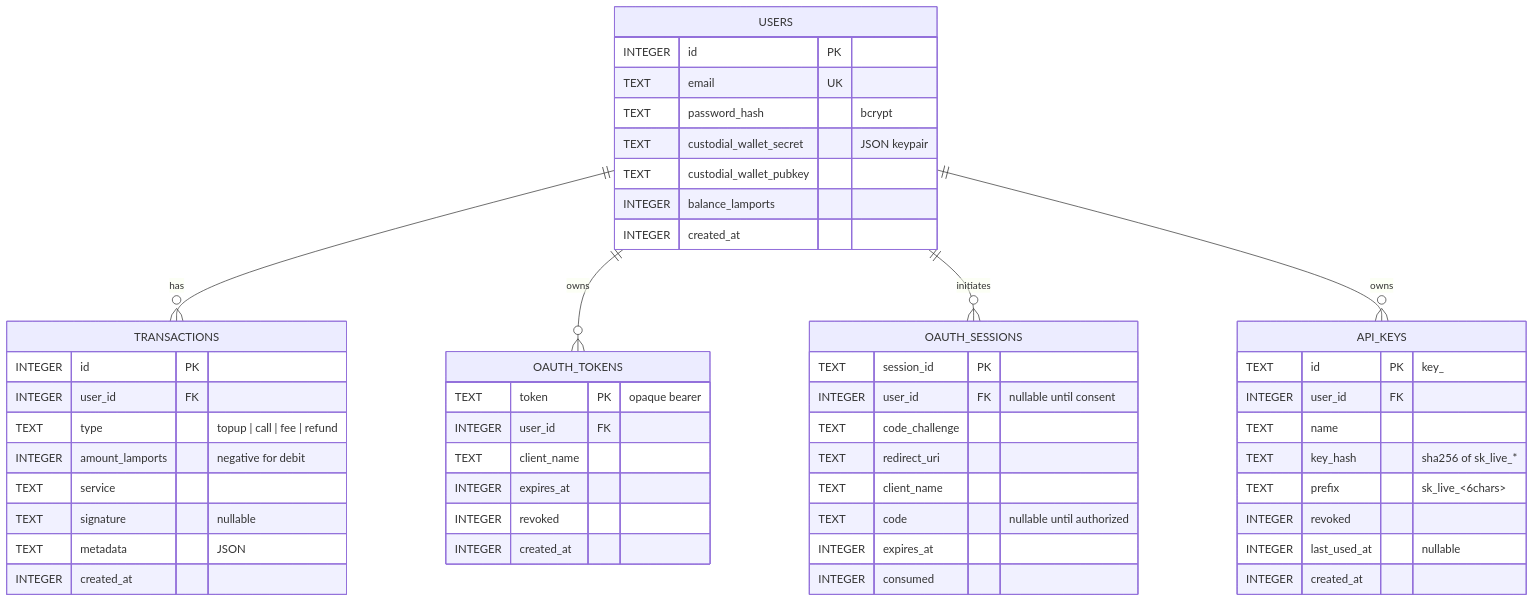
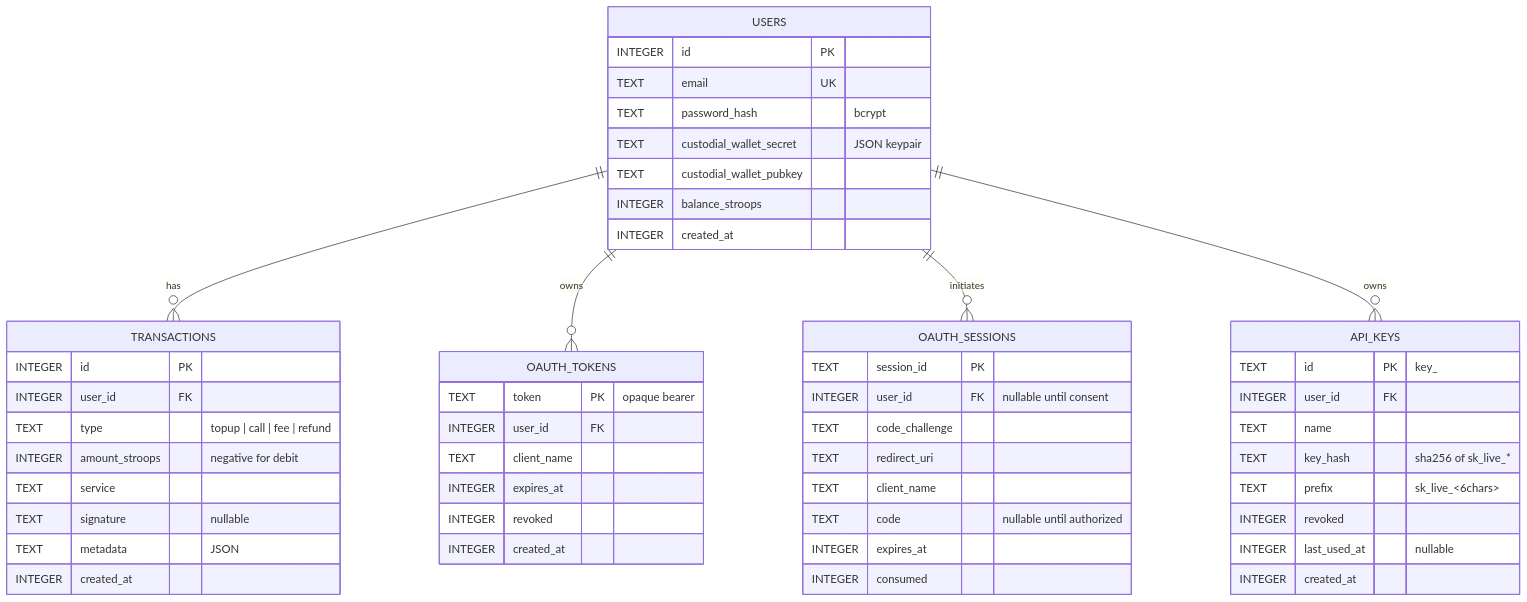
The eighth of 11 diagrams in docs/architecture.md (CoKeFish/kiba), drawn with Mermaid before and after one commit. The commit also changed other lines of this file and 52 other files, not shown here.

First line of the commit message:
docs+assets: Stellar/Soroban README & architecture + kiba raster

````diff
--- a/docs/architecture.md
+++ b/docs/architecture.md
@@ -388,59 +387,59 @@
 ```mermaid
 erDiagram
     USERS ||--o{ TRANSACTIONS : has
     USERS ||--o{ OAUTH_TOKENS : owns
     USERS ||--o{ OAUTH_SESSIONS : initiates
     USERS ||--o{ API_KEYS : owns
 
     USERS {
         INTEGER id PK
         TEXT email UK
         TEXT password_hash "bcrypt"
         TEXT custodial_wallet_secret "JSON keypair"
         TEXT custodial_wallet_pubkey
-        INTEGER balance_lamports
+        INTEGER balance_stroops
         INTEGER created_at
     }
 
     OAUTH_SESSIONS {
         TEXT session_id PK
         INTEGER user_id FK "nullable until consent"
         TEXT code_challenge
         TEXT redirect_uri
         TEXT client_name
         TEXT code "nullable until authorized"
         INTEGER expires_at
         INTEGER consumed
     }
 
     OAUTH_TOKENS {
         TEXT token PK "opaque bearer"
         INTEGER user_id FK
         TEXT client_name
         INTEGER expires_at
         INTEGER revoked
         INTEGER created_at
     }
 
     API_KEYS {
         TEXT id PK "key_<hex>"
         INTEGER user_id FK
         TEXT name
         TEXT key_hash "sha256 of sk_live_*"
         TEXT prefix "sk_live_<6chars>"
         INTEGER revoked
         INTEGER last_used_at "nullable"
         INTEGER created_at
     }
 
     TRANSACTIONS {
         INTEGER id PK
         INTEGER user_id FK
         TEXT type "topup | call | fee | refund"
-        INTEGER amount_lamports "negative for debit"
+        INTEGER amount_stroops "negative for debit"
         TEXT service
         TEXT signature "nullable"
         TEXT metadata "JSON"
         INTEGER created_at
     }
 ```
````
